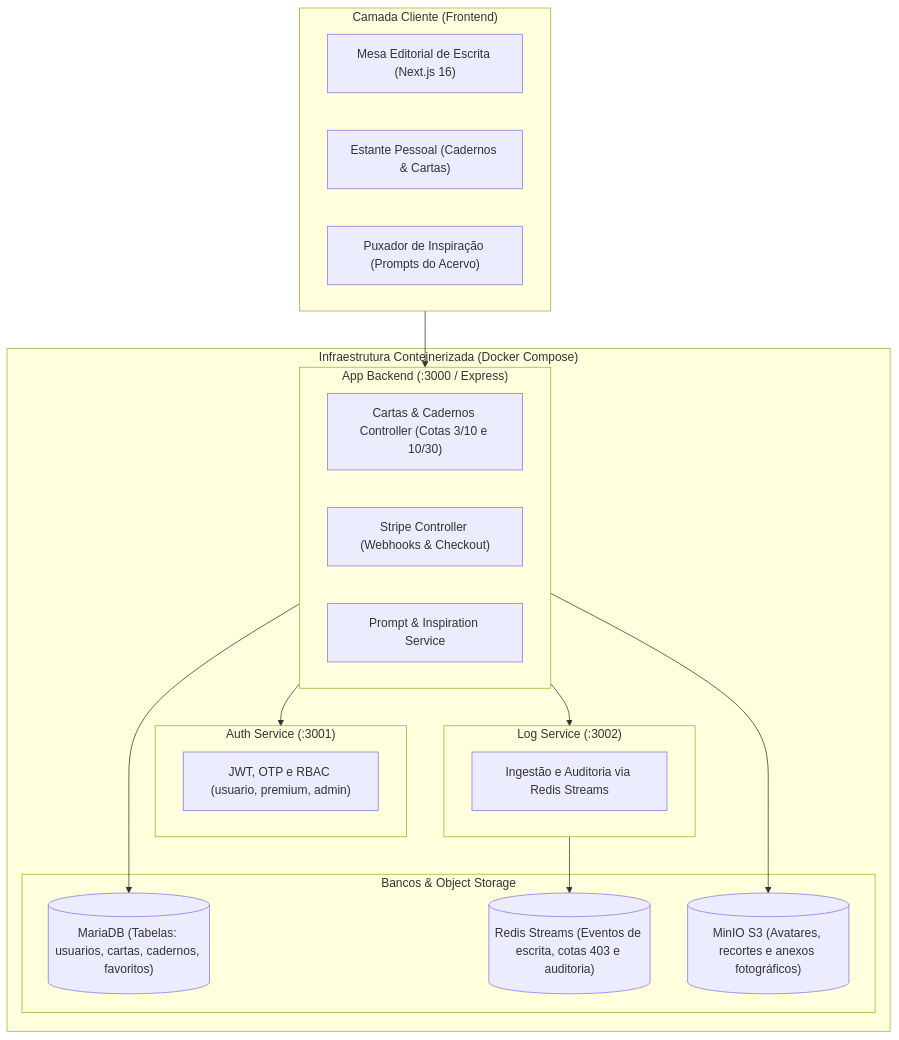
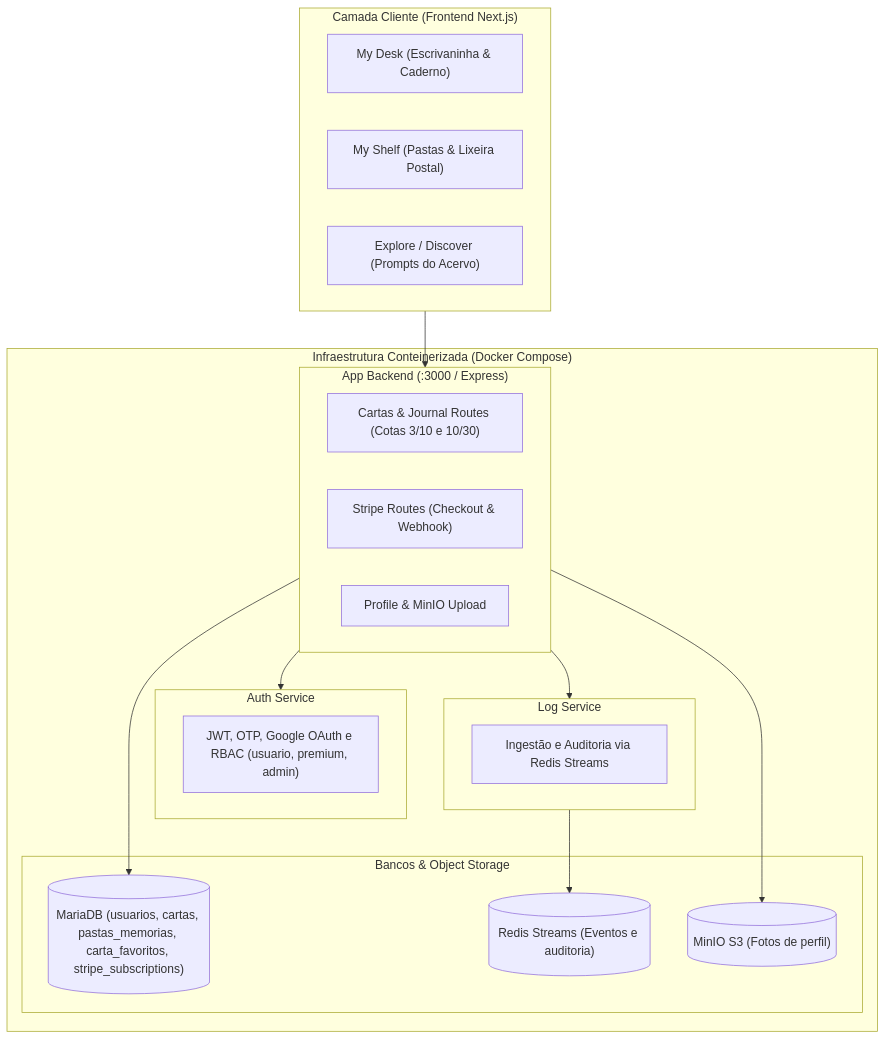
One commit to danielmarcalgoncalves/entre-cartas changed the diagram in README.md. Above: the diagram before and after it, drawn with Mermaid. The commit also changed other lines of this file, not shown here.

````diff
--- a/README.md
+++ b/README.md
@@ -84,37 +115,37 @@
 ```mermaid
 flowchart TB
-    subgraph CLIENT["Camada Cliente (Frontend)"]
-        Desk["Mesa Editorial de Escrita (Next.js 16)"]
-        Shelf["Estante Pessoal (Cadernos & Cartas)"]
-        Inspire["Puxador de Inspiração (Prompts do Acervo)"]
+    subgraph CLIENT["Camada Cliente (Frontend Next.js)"]
+        Desk["My Desk (Escrivaninha & Caderno)"]
+        Shelf["My Shelf (Pastas & Lixeira Postal)"]
+        Inspire["Explore / Discover (Prompts do Acervo)"]
     end
 
     subgraph DOCKER["Infraestrutura Conteinerizada (Docker Compose)"]
         subgraph APP["App Backend (:3000 / Express)"]
-            CartasCtrl["Cartas & Cadernos Controller (Cotas 3/10 e 10/30)"]
-            StripeCtrl["Stripe Controller (Webhooks & Checkout)"]
-            InspireCtrl["Prompt & Inspiration Service"]
+            CartasCtrl["Cartas & Journal Routes (Cotas 3/10 e 10/30)"]
+            StripeCtrl["Stripe Routes (Checkout & Webhook)"]
+            ProfileCtrl["Profile & MinIO Upload"]
         end
 
-        subgraph AUTH["Auth Service (:3001)"]
-            Auth["JWT, OTP e RBAC (usuario, premium, admin)"]
+        subgraph AUTH["Auth Service"]
+            Auth["JWT, OTP, Google OAuth e RBAC (usuario, premium, admin)"]
         end
 
-        subgraph LOGS["Log Service (:3002)"]
+        subgraph LOGS["Log Service"]
             Audit["Ingestão e Auditoria via Redis Streams"]
         end
 
         subgraph STORAGE["Bancos & Object Storage"]
-            MariaDB[("MariaDB (Tabelas: usuarios, cartas, cadernos, favoritos)")]
-            Redis[("Redis Streams (Eventos de escrita, cotas 403 e auditoria)")]
-            MinIO[("MinIO S3 (Avatares, recortes e anexos fotográficos)")]
+            MariaDB[("MariaDB (usuarios, cartas, pastas_memorias, carta_favoritos, stripe_subscriptions)")]
+            Redis[("Redis Streams (Eventos e auditoria)")]
+            MinIO[("MinIO S3 (Fotos de perfil)")]
         end
     end
 
     CLIENT --> APP
     APP --> AUTH
     APP --> LOGS
     APP --> MariaDB
     LOGS --> Redis
     APP --> MinIO
 ```
````
